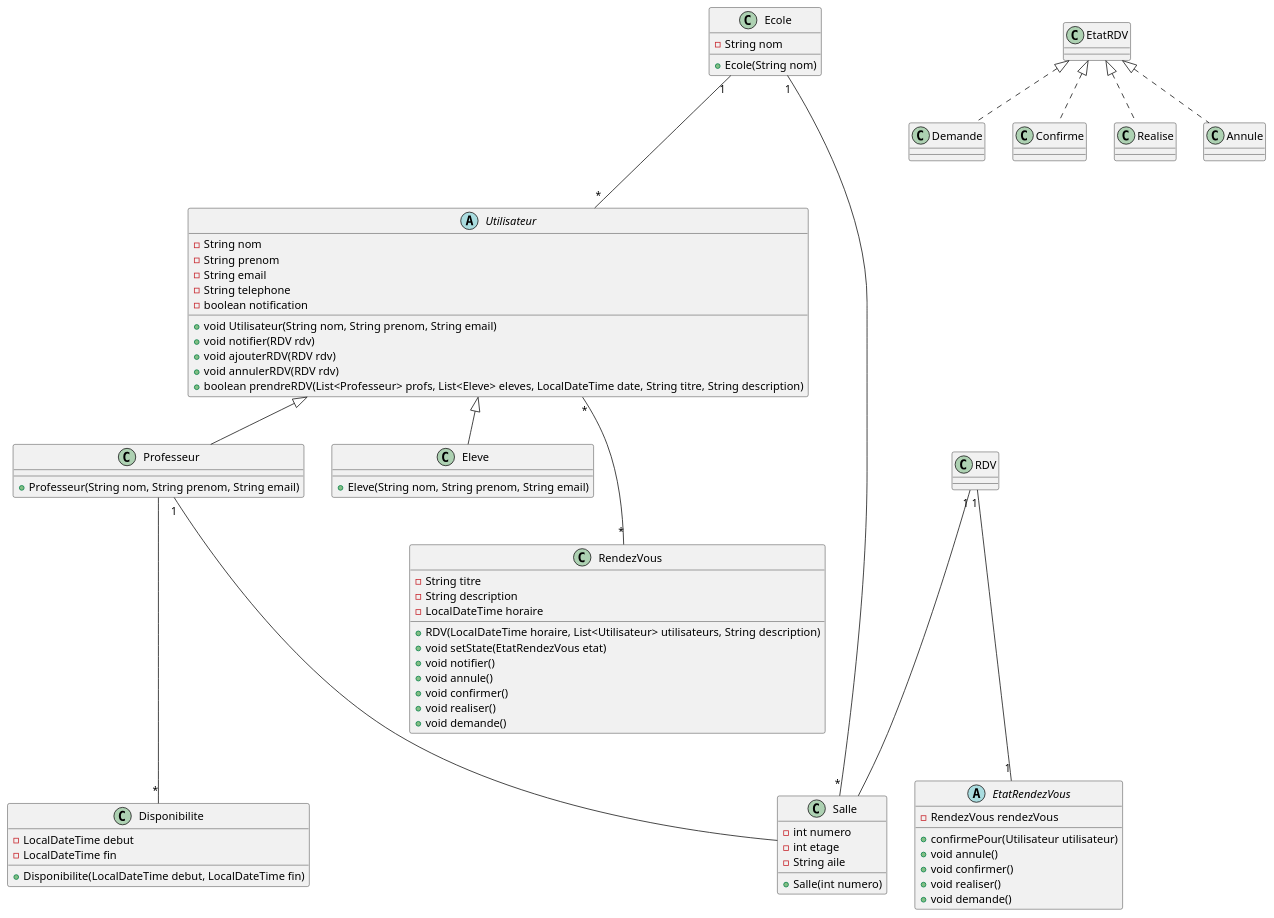
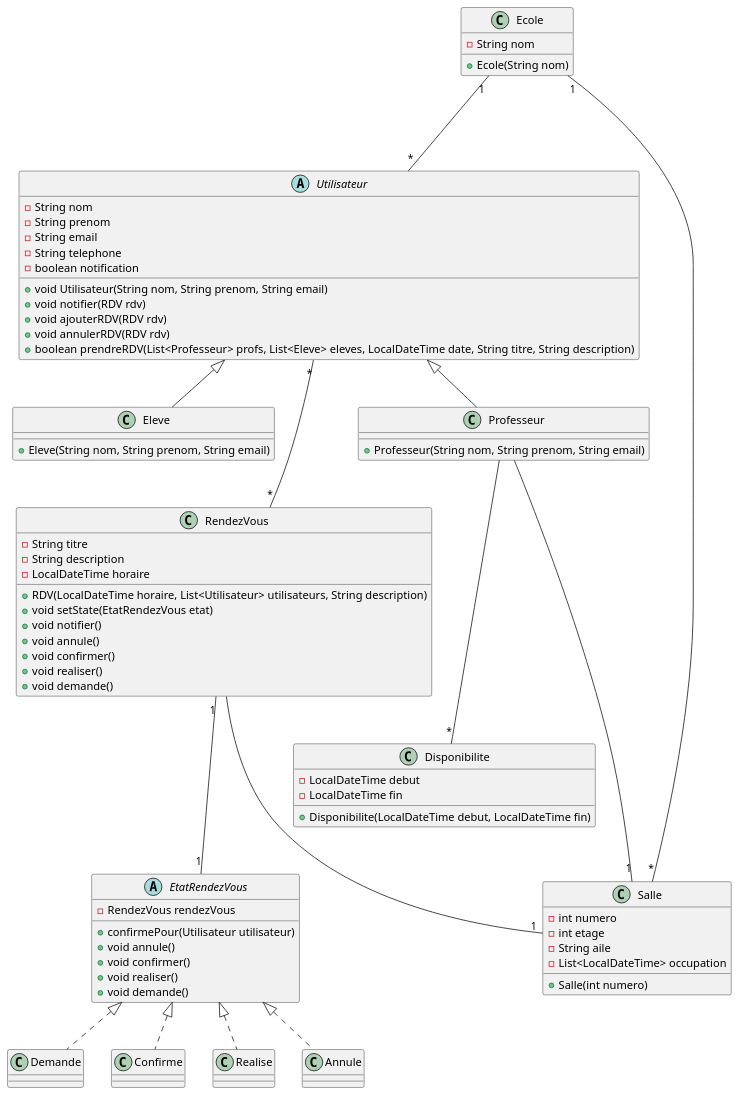
Before and after one commit to Jcz125/meeting-manager-app: the diagram in Conception/DiagrameClasse.puml, drawn with PlantUML. The commit also changed 2 other files, not shown here.

```diff
--- a/Conception/DiagrameClasse.puml
+++ b/Conception/DiagrameClasse.puml
@@ -1,100 +1,101 @@
 @startuml Diagramme de classe
 
 abstract class Utilisateur {
     - String nom
     - String prenom
     - String email
     - String telephone
     - boolean notification
     
     + void Utilisateur(String nom, String prenom, String email)
     + void notifier(RDV rdv)
     + void ajouterRDV(RDV rdv)
     + void annulerRDV(RDV rdv)
     + boolean prendreRDV(List<Professeur> profs, List<Eleve> eleves, LocalDateTime date, String titre, String description)
 }
 
 class Professeur {
     + Professeur(String nom, String prenom, String email)
 }
 
 class Eleve {
     + Eleve(String nom, String prenom, String email)
 }
 
 class Disponibilite {
     - LocalDateTime debut
     - LocalDateTime fin
 
     + Disponibilite(LocalDateTime debut, LocalDateTime fin)
 }
 
 class RendezVous {
     - String titre
     - String description
     - LocalDateTime horaire
     
     + RDV(LocalDateTime horaire, List<Utilisateur> utilisateurs, String description)
     + void setState(EtatRendezVous etat)
     + void notifier()
     + void annule()
     + void confirmer()
     + void realiser()
     + void demande()
 }
 
 abstract class EtatRendezVous {
     - RendezVous rendezVous
     + confirmePour(Utilisateur utilisateur)
     + void annule()
     + void confirmer()
     + void realiser()
     + void demande()
 }
 
 class Demande {
 }
 
 class Confirme {
 }
 
 class Realise {
 }
 
 class Annule {
 }
 
 
 class Ecole {
     - String nom
     + Ecole(String nom)
 }
 
 class Salle {
     - int numero
     - int etage
     - String aile
+    - List<LocalDateTime> occupation
 
     + Salle(int numero)
 }
 
 
 Utilisateur "*" --- "*" RendezVous
 Ecole "1" --- "*" Utilisateur
 Ecole "1" --- "*" Salle
 
 
-EtatRDV <|.. Confirme
-EtatRDV <|.. Annule
-EtatRDV <|.. Realise
-EtatRDV <|.. Demande
+EtatRendezVous <|.. Confirme
+EtatRendezVous <|.. Annule
+EtatRendezVous <|.. Realise
+EtatRendezVous <|.. Demande
 
-RDV "1" --- "1" EtatRendezVous
-RDV "1" --- Salle
-Professeur "1" --- Salle
+RendezVous "1" --- "1" EtatRendezVous
+RendezVous --- "1" Salle
+Professeur --- "1" Salle
 
 Utilisateur  <|--  Professeur
 Utilisateur  <|--  Eleve
 Professeur --- "*" Disponibilite
 
 @enduml
```
